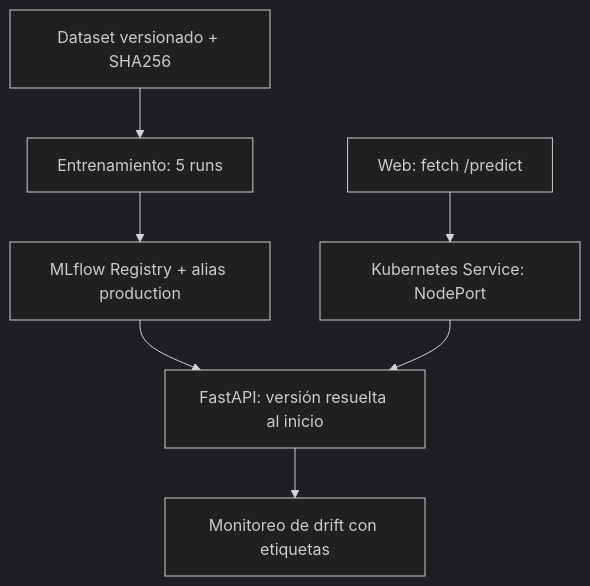
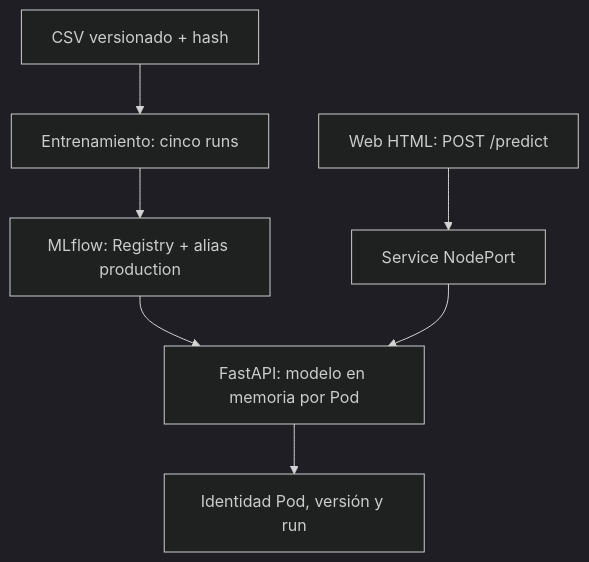
Before and after one commit to samcDev/churn-mlops: the diagram in docs/ARQUITECTURA.md, drawn with Mermaid (dark theme). The commit also changed other lines of this file and 36 other files, not shown here.

````diff
--- a/docs/ARQUITECTURA.md
+++ b/docs/ARQUITECTURA.md
@@ -12,9 +21,9 @@
 ```mermaid
 flowchart TD
-    D["Dataset versionado + SHA256"] --> T["Entrenamiento: 5 runs"]
-    T --> R["MLflow Registry + alias production"]
-    R --> A["FastAPI: versión resuelta al inicio"]
-    S["Kubernetes Service: NodePort"] --> A
-    W["Web: fetch /predict"] --> S
-    A --> M["Monitoreo de drift con etiquetas"]
+    D["CSV versionado + hash"] --> T["Entrenamiento: cinco runs"]
+    T --> R["MLflow: Registry + alias production"]
+    R --> A["FastAPI: modelo en memoria por Pod"]
+    W["Web HTML: POST /predict"] --> S["Service NodePort"]
+    S --> A
+    A --> O["Identidad Pod, versión y run"]
 ```
````
